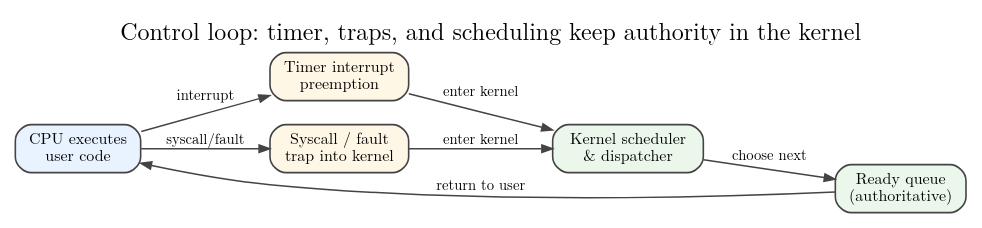
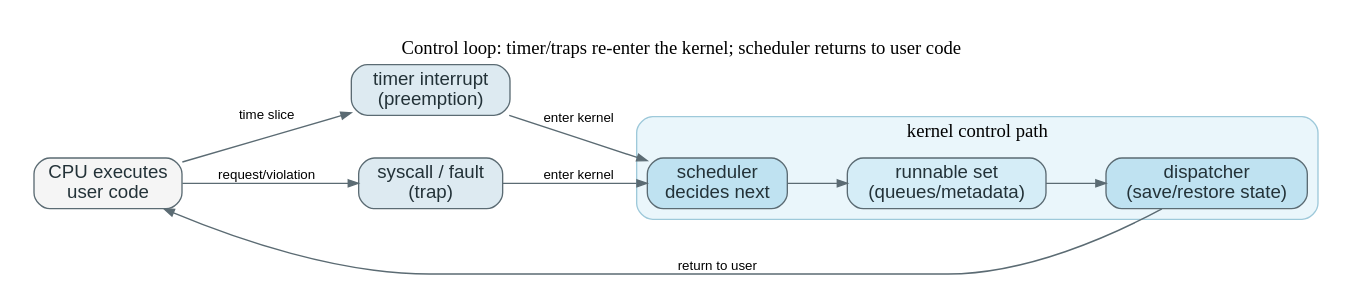
Before and after one commit to jensonp/cs143a: the diagram in chapter1_graphviz/fig_1_22_control_loop.dot, drawn with Graphviz. The commit also changed 44 other files, not shown here.

Commit message:
Add Chapter 1 section diagrams

```diff
--- a/chapter1_graphviz/fig_1_22_control_loop.dot
+++ b/chapter1_graphviz/fig_1_22_control_loop.dot
@@ -1,21 +1,31 @@
-digraph fig_1_22_control_loop {
-  rankdir=LR;
-  bgcolor="white";
+digraph G {
+  graph [rankdir=LR, pad=0.25, nodesep=0.45, ranksep=0.6, splines=true, bgcolor="white"];
+  node [shape=box, style="rounded,filled", fontname="Helvetica", color="#5B6B73", fontcolor="#233238"];
+  edge [color="#5B6B73", penwidth=1.05, arrowsize=0.75, fontname="Helvetica", fontsize=10];
 
-  graph [fontname="Latin Modern Roman" fontsize=18 labelloc="t" label="Control loop: timer, traps, and scheduling keep authority in the kernel"];
-  node [fontname="Latin Modern Roman" fontsize=12 shape=box style="rounded,filled" color="#444444" fillcolor="#F7F7F7" penwidth=1.2];
-  edge [fontname="Latin Modern Roman" fontsize=11 color="#444444" penwidth=1.1 arrowsize=0.8];
+  labelloc="t";
+  label="Control loop: timer/traps re-enter the kernel; scheduler returns to user code";
 
-  cpu [shape=box style="rounded,filled" fillcolor="#E9F2FF" label="CPU executes\nuser code"];
-  timer [shape=box style="rounded,filled" fillcolor="#FFF7E6" label="Timer interrupt\npreemption"];
-  trap [shape=box style="rounded,filled" fillcolor="#FFF7E6" label="Syscall / fault\ntrap into kernel"];
-  kernel [shape=box style="rounded,filled" fillcolor="#EAF7EA" label="Kernel scheduler\n& dispatcher"];
-  readyq [shape=box style="rounded,filled" fillcolor="#EAF7EA" label="Ready queue\n(authoritative)"];
+  cpu [fillcolor="#F5F5F5", label="CPU executes\nuser code"];
+  timer [fillcolor="#DDEAF1", label="timer interrupt\n(preemption)"];
+  trap [fillcolor="#DDEAF1", label="syscall / fault\n(trap)"];
 
-  cpu -> trap [label="syscall/fault"];
-  cpu -> timer [label="interrupt"];
-  timer -> kernel [label="enter kernel"];
-  trap -> kernel [label="enter kernel"];
-  kernel -> readyq [label="choose next"];
-  readyq -> cpu [label="return to user"];
+  subgraph cluster_kernel {
+    label="kernel control path";
+    color="#9EC9DA";
+    style="rounded,filled";
+    fillcolor="#EAF6FB";
+
+    sched [fillcolor="#BFE2F1", label="scheduler\ndecides next"];
+    rq [fillcolor="#D5EDF7", label="runnable set\n(queues/metadata)"];
+    dispatch [fillcolor="#BFE2F1", label="dispatcher\n(save/restore state)"];
+
+    sched -> rq -> dispatch;
+  }
+
+  cpu -> trap [label="request/violation"];
+  cpu -> timer [label="time slice"];
+  trap -> sched [label="enter kernel"];
+  timer -> sched [label="enter kernel"];
+  dispatch -> cpu [label="return to user"];
 }
```
